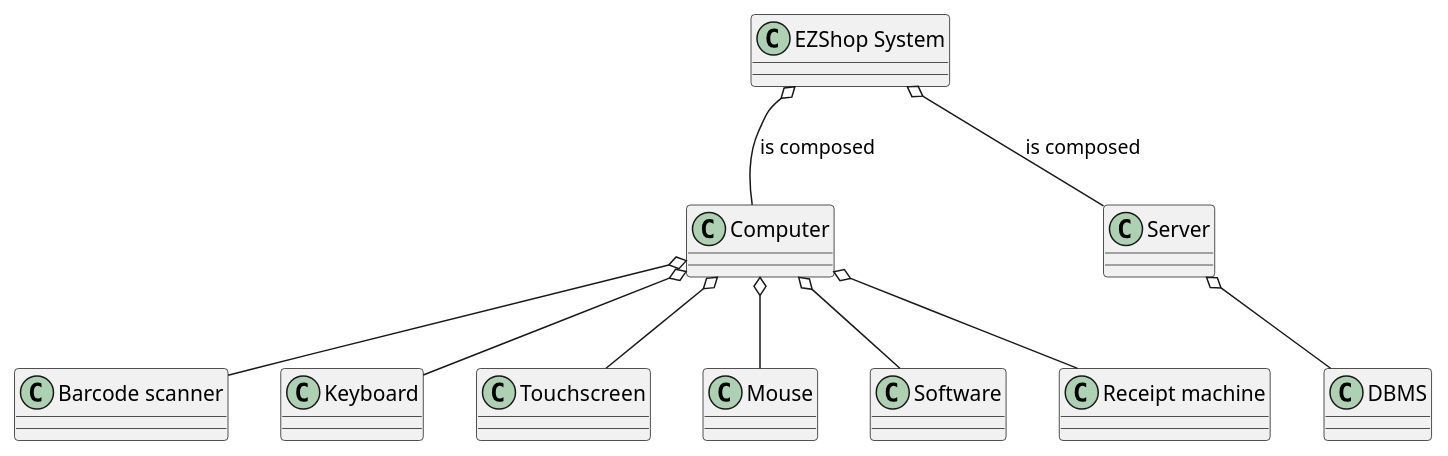
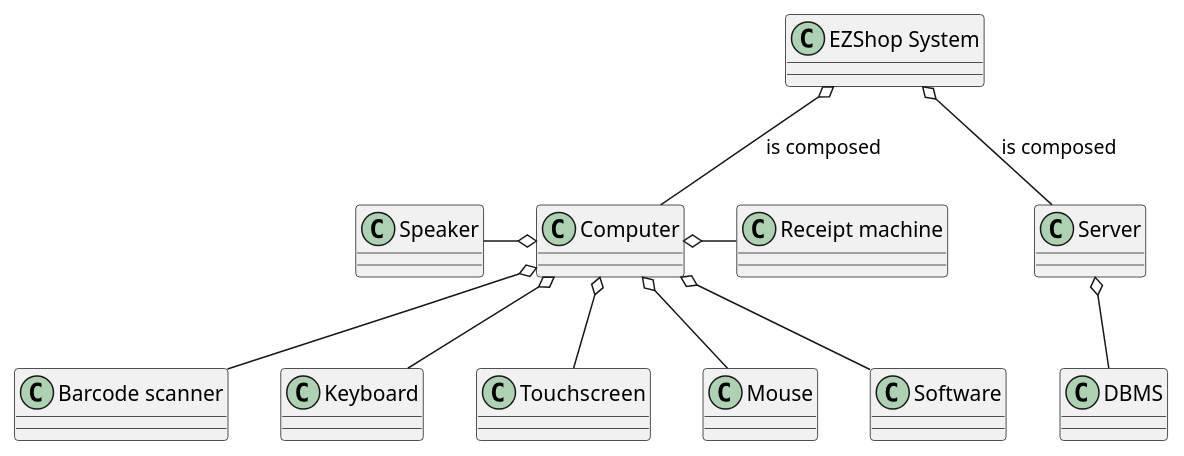
One commit to MatteoBattilana/EzShop changed the eighth of 9 diagrams in Deliverables/RequirementsDocument.md. Above: the diagram before and after it, drawn with PlantUML. The commit also changed other lines of this file, not shown here.

````diff
--- a/Deliverables/RequirementsDocument.md
+++ b/Deliverables/RequirementsDocument.md
@@ -832,16 +838,17 @@
 ```plantuml
 @startuml
 "EZShop System" o-- Computer: is composed
 "EZShop System" o-- Server: is composed
 
 Computer o-- "Barcode scanner"
 Computer o-- "Keyboard"
 Computer o-- "Touchscreen"
 Computer o-- "Mouse"
 Computer o-- "Software"
-Computer o-- "Receipt machine"
+Computer o-right- "Receipt machine"
+Computer o-left- "Speaker"
 
 Server o-- "DBMS"
 
 @enduml
 ```
````
